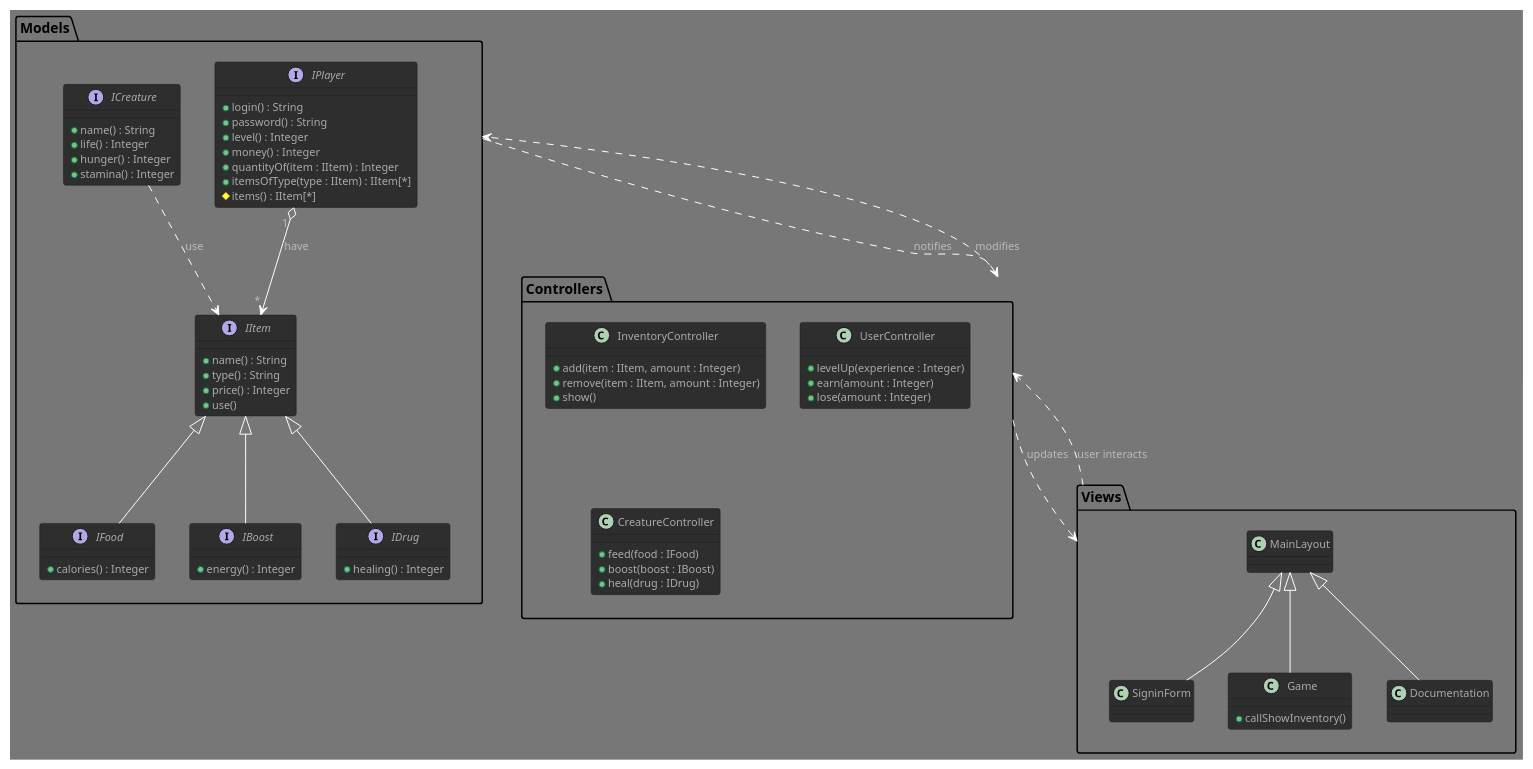
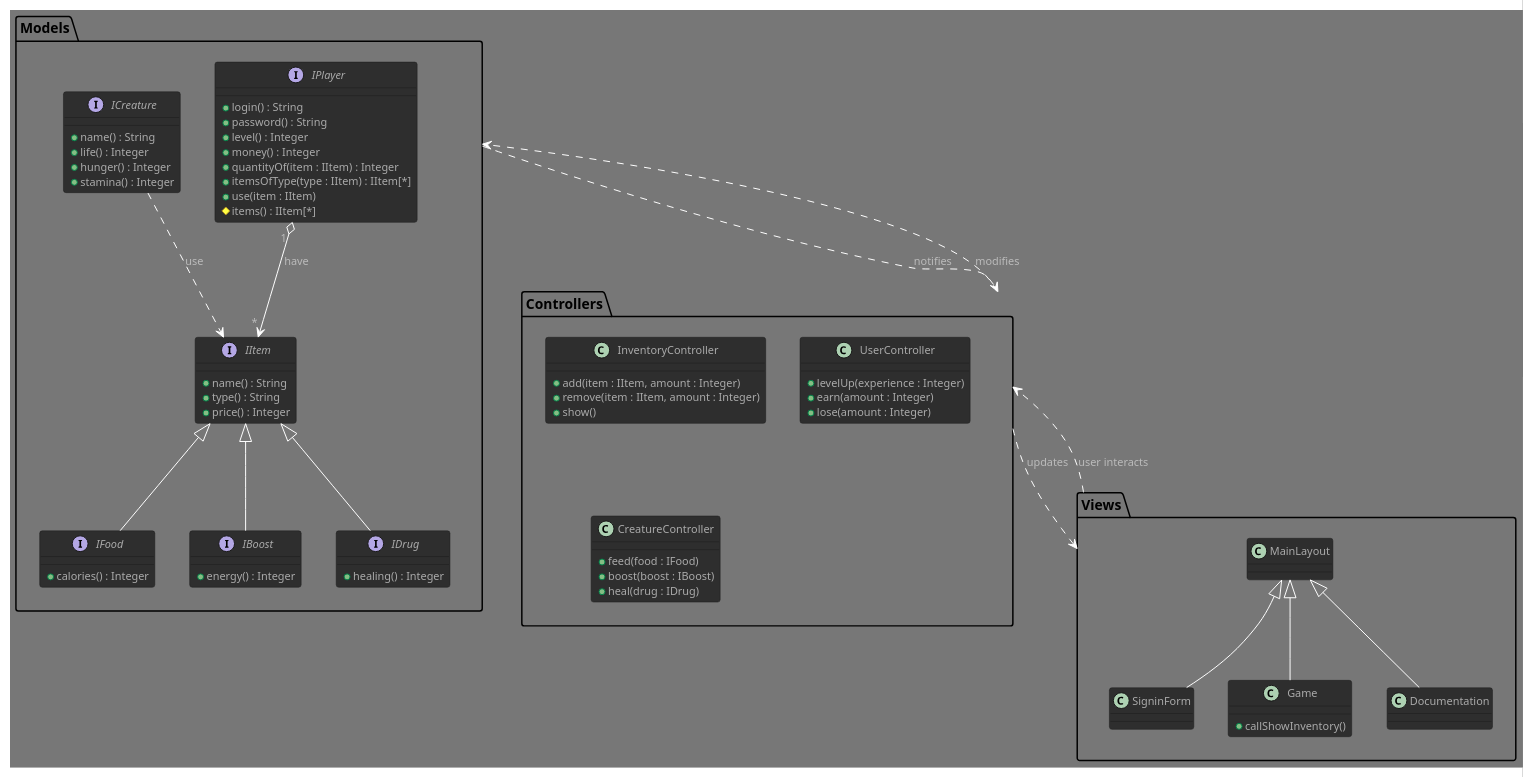
The diagram in VirtualNoe.puml (GlazKrovi/VirtualNoe), drawn with PlantUML before and after one commit. The commit also changed 5 other files, not shown here.

```diff
--- a/VirtualNoe.puml
+++ b/VirtualNoe.puml
@@ -1,100 +1,100 @@
 @startuml VirtualNoe
 
 !theme reddress-darkgreen
 
 package Models
 {
     interface IPlayer
     {
         + login() : String
         + password() : String
         + level() : Integer
         + money() : Integer
         + quantityOf(item : IItem) : Integer
         + itemsOfType(type : IItem) : IItem[*]
+        + use(item : IItem)             /' TODO '/
         # items() : IItem[*]
     }
 
     interface IItem
     {
         + name() : String
         + type() : String
         + price() : Integer
-        + use()
     }
 
     interface IFood implements IItem
     {
         /' number of points added to hunger gauge '/
         + calories() : Integer  
     }
 
     interface IBoost implements IItem
     {
         /' number of points added to stamina gauge '/
         + energy() : Integer
     }
 
     interface IDrug implements IItem
     {
         /' number of points added to life gauge '/
         + healing() : Integer
     }
 
     interface ICreature 
     { 
         + name() : String
         + life() : Integer
         + hunger() : Integer
         + stamina() : Integer
     }
 }
 
 package Controllers 
 { 
     class InventoryController
     {
         + add(item : IItem, amount : Integer) 
         + remove(item : IItem, amount : Integer)
         + show()
     }
 
     class UserController
     {
         /' Authentication system managed by laravel'/
         + levelUp(experience : Integer)
         + earn(amount : Integer) /' money '/
         + lose(amount : Integer) /' money '/
     }
 
     class CreatureController
     {
         + feed(food : IFood)
         + boost(boost : IBoost)
         + heal(drug : IDrug)
     }
 }
 
 package Views 
 { 
     class MainLayout
     class SigninForm extends MainLayout   /' home, index '/
     class Game extends MainLayout   /' main game window '/
     {
         + callShowInventory()
     }
     class Documentation extends MainLayout   /' tutorial, etc. '/
 }
 
 /' RELATIONS '/
 IPlayer" 1 " o--> " * "IItem : have
 ICreature ..> IItem : use               /' TODO - not sure '/
 
 
 /' MVC '/
 Controllers ..> Models : modifies
 Controllers ..> Views : updates
 Views ..> Controllers : user interacts
 Models ..> Controllers : notifies 
 
 @enduml
```
